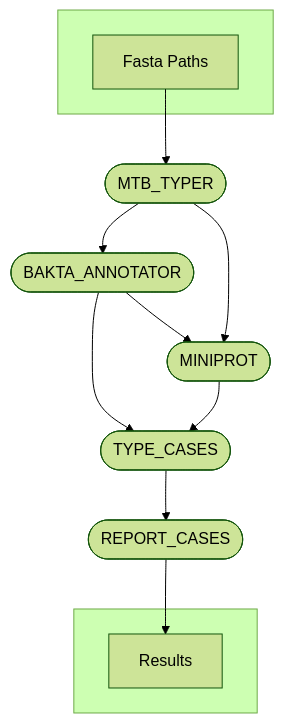
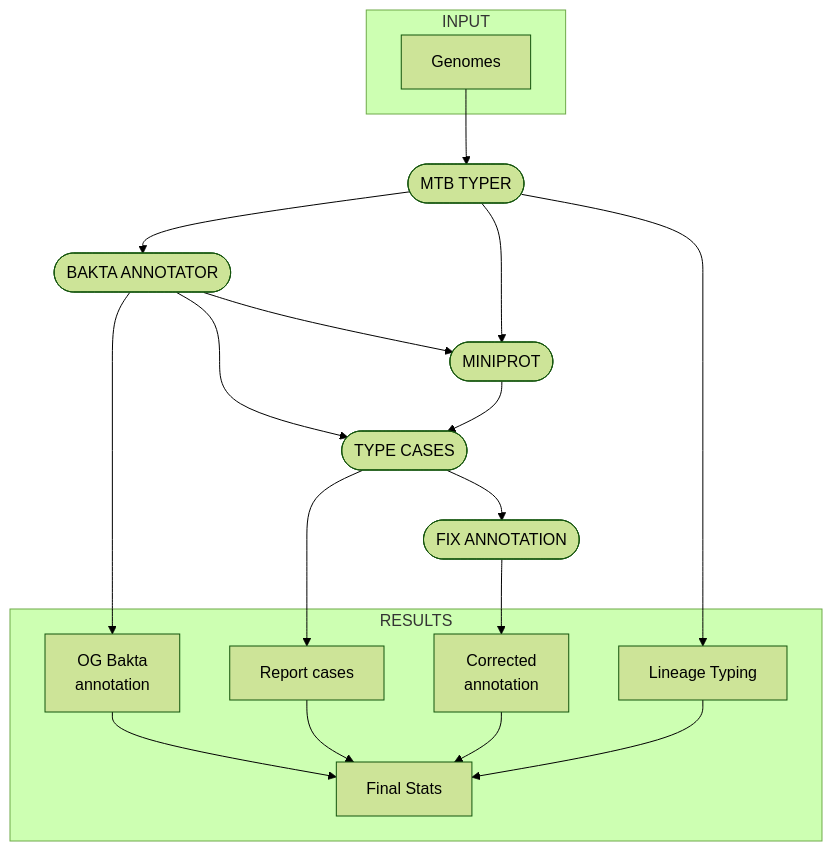
The diagram in README.md (PathoGenOmics-Lab/AMAP), drawn with Mermaid before and after one commit.

Commit message:
update charts

````diff
--- a/README.md
+++ b/README.md
@@ -17,23 +17,37 @@
 ```mermaid
 %%{init: { 'theme': 'forest' } }%%
 flowchart TB
-    subgraph " "
-    v0["Fasta Paths"]
+    subgraph "INPUT"
+    v0["Genomes"]
     end
-    v3([MTB_TYPER])
-    v4([BAKTA_ANNOTATOR])
+    v3([MTB TYPER])
+    v4([BAKTA ANNOTATOR])
     v6([MINIPROT])
-    v8([TYPE_CASES])
-    v10([REPORT_CASES])
-    subgraph " "
-    v11["Results"]
+    v8([TYPE CASES])
+    v14([FIX ANNOTATION])
+    subgraph "RESULTS"
+    v12["OG Bakta 
+    annotation"]
+    v10["Report cases"]
+    v13["Corrected 
+    annotation"]
+    v15["Lineage Typing"]
+    v16["Final Stats"]
     end
+    v3 --> v4
     v0 --> v3
-    v3 --> v4
+    v4 --> v12
     v4 --> v6
     v3 --> v6
     v4 --> v8
     v6 --> v8
     v8 --> v10
-    v10 --> v11
+    v8 --> v14
+    v14 --> v13
+    v3 --> v15
+    v12 --> v16
+    v10 --> v16
+    v13 --> v16
+    v15 --> v16
+    
 ```
````
